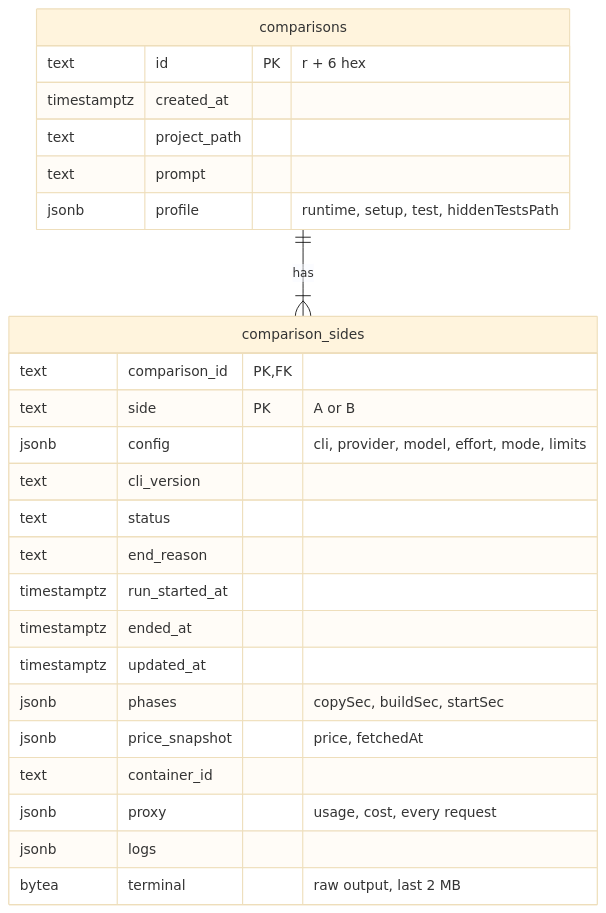
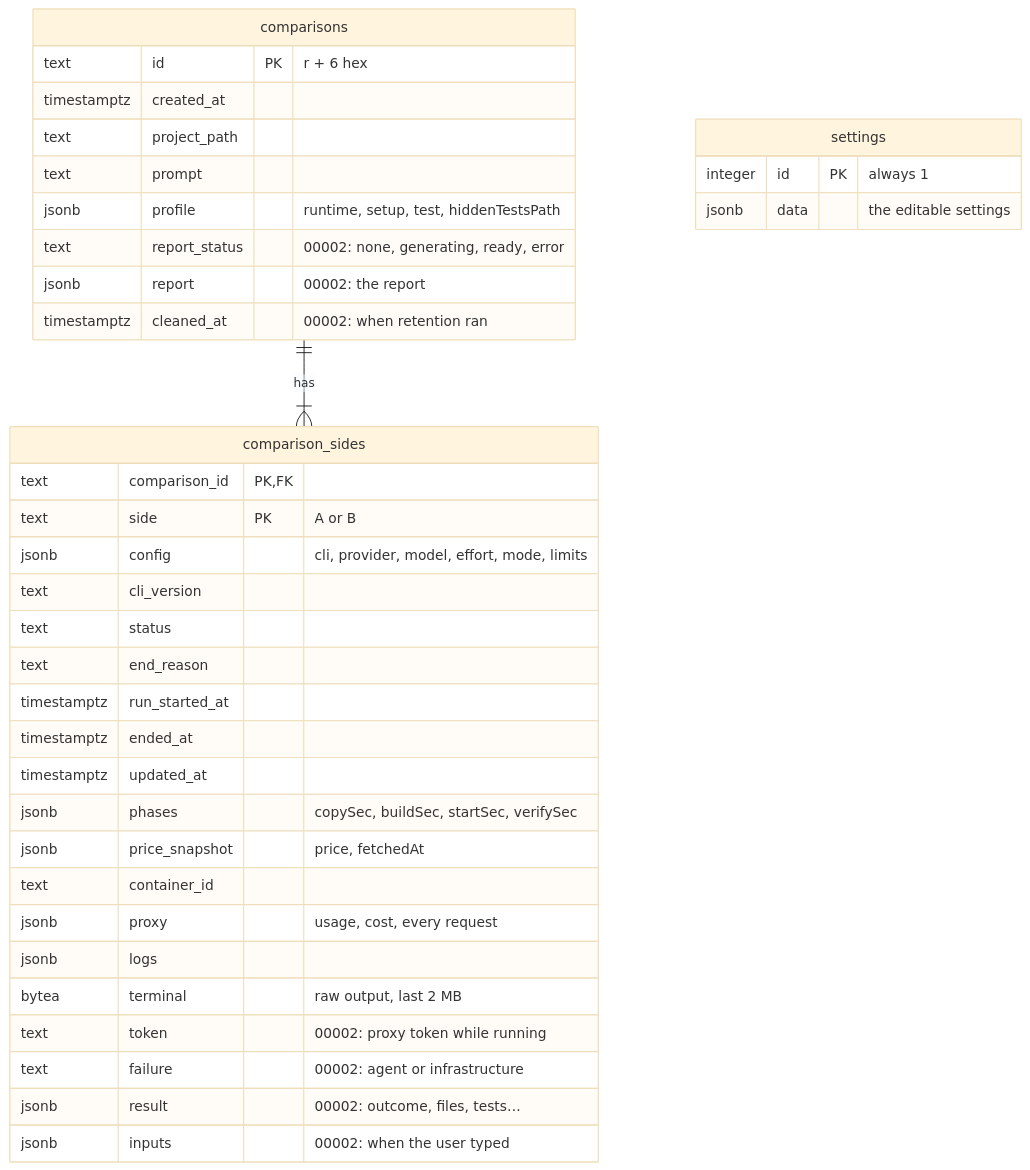
Before and after one commit to jmrona/ai-compare: the diagram in doc/11-database.md, drawn with Mermaid (base theme). The commit also changed other lines of this file and 20 other files, not shown here.

````diff
--- a/doc/11-database.md
+++ b/doc/11-database.md
@@ -41,28 +43,39 @@
 ```mermaid
 erDiagram
   comparisons ||--|{ comparison_sides : has
   comparisons {
     text id PK "r + 6 hex"
     timestamptz created_at
     text project_path
     text prompt
     jsonb profile "runtime, setup, test, hiddenTestsPath"
+    text report_status "00002: none, generating, ready, error"
+    jsonb report "00002: the report"
+    timestamptz cleaned_at "00002: when retention ran"
   }
   comparison_sides {
     text comparison_id PK, FK
     text side PK "A or B"
     jsonb config "cli, provider, model, effort, mode, limits"
     text cli_version
     text status
     text end_reason
     timestamptz run_started_at
     timestamptz ended_at
     timestamptz updated_at
-    jsonb phases "copySec, buildSec, startSec"
+    jsonb phases "copySec, buildSec, startSec, verifySec"
     jsonb price_snapshot "price, fetchedAt"
     text container_id
     jsonb proxy "usage, cost, every request"
     jsonb logs
     bytea terminal "raw output, last 2 MB"
+    text token "00002: proxy token while running"
+    text failure "00002: agent or infrastructure"
+    jsonb result "00002: outcome, files, tests…"
+    jsonb inputs "00002: when the user typed"
+  }
+  settings {
+    integer id PK "always 1"
+    jsonb data "the editable settings"
   }
 ```
````
